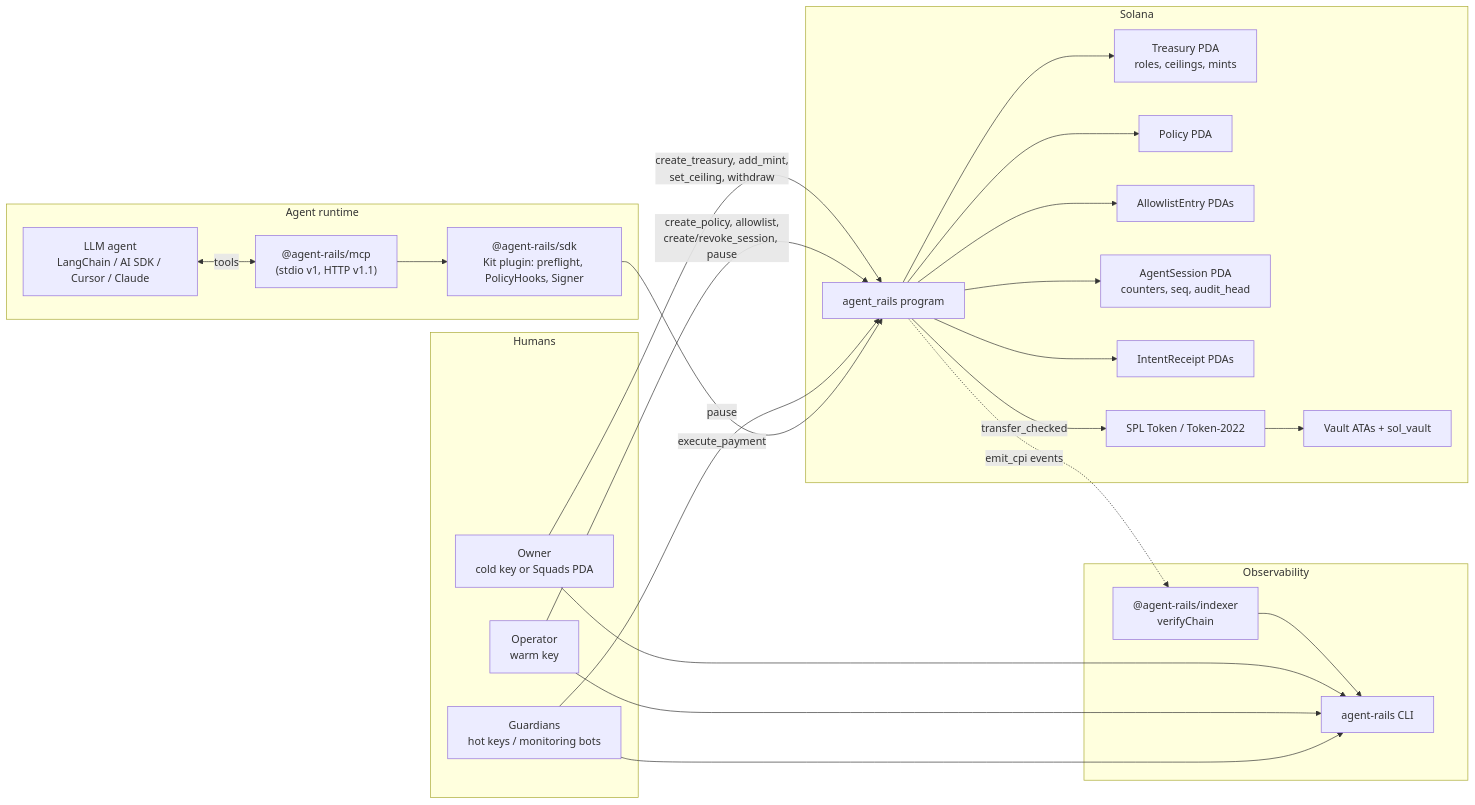
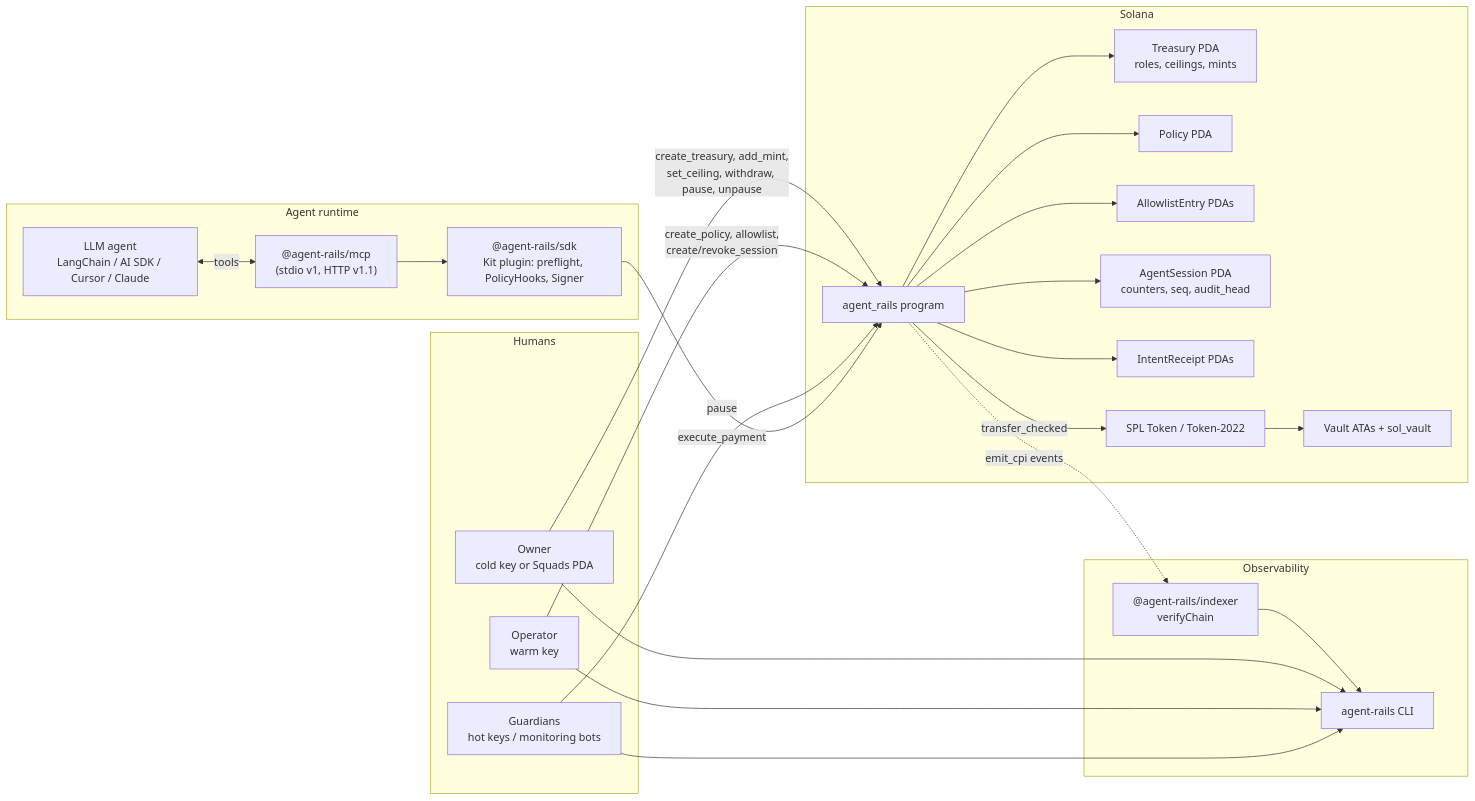
Before and after one commit to wayside-labs/ash: the first of 3 diagrams in ARCHITECTURE.md, drawn with Mermaid. The commit also changed other lines of this file and 44 other files, not shown here.

````diff
--- a/ARCHITECTURE.md
+++ b/ARCHITECTURE.md
@@ -32,43 +32,43 @@
 ```mermaid
 flowchart LR
   subgraph Humans
     OWN[Owner<br/>cold key or Squads PDA]
     OPR[Operator<br/>warm key]
     GRD[Guardians<br/>hot keys / monitoring bots]
   end
 
   subgraph Agent runtime
     LLM[LLM agent<br/>LangChain / AI SDK / Cursor / Claude]
     MCP["@agent-rails/mcp<br/>(stdio v1, HTTP v1.1)"]
     SDK["@agent-rails/sdk<br/>Kit plugin: preflight, PolicyHooks, Signer"]
   end
 
   subgraph Solana
     PRG[agent_rails program]
     TRS[Treasury PDA<br/>roles, ceilings, mints]
     POL[Policy PDA]
     ALW[AllowlistEntry PDAs]
     SES[AgentSession PDA<br/>counters, seq, audit_head]
     RCT[IntentReceipt PDAs]
     VLT[Vault ATAs + sol_vault]
     TOK[SPL Token / Token-2022]
   end
 
   subgraph Observability
     IDX["@agent-rails/indexer<br/>verifyChain"]
     CLI[agent-rails CLI]
   end
 
-  OWN -->|create_treasury, add_mint,<br/>set_ceiling, withdraw| PRG
-  OPR -->|create_policy, allowlist,<br/>create/revoke_session, pause| PRG
+  OWN -->|create_treasury, add_mint,<br/>set_ceiling, withdraw, pause, unpause| PRG
+  OPR -->|create_policy, allowlist,<br/>create/revoke_session| PRG
   GRD -->|pause| PRG
   LLM <-->|tools| MCP
   MCP --> SDK
   SDK -->|execute_payment| PRG
   PRG --> TRS & POL & ALW & SES & RCT
   PRG -->|transfer_checked| TOK
   TOK --> VLT
   PRG -.->|emit_cpi events| IDX
   IDX --> CLI
   OWN & OPR & GRD --> CLI
 ```
````
